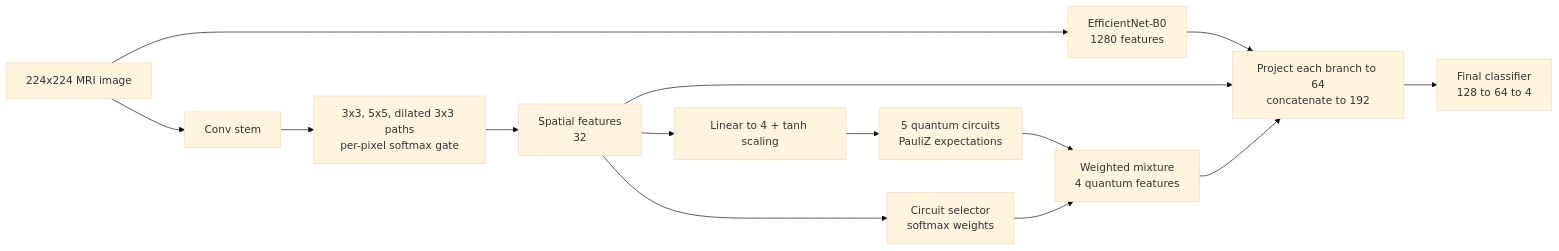
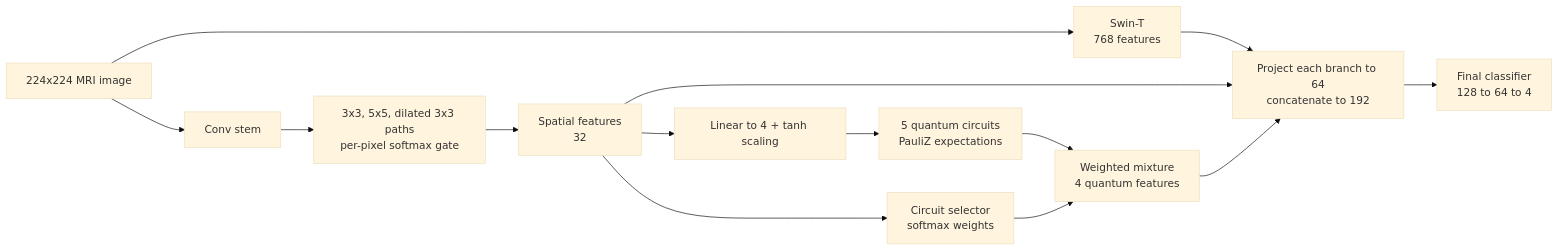
One commit to Biswadev-9/TensorTonic-Solutions changed the second of 2 diagrams in README.md. Above: the diagram before and after it, drawn with Mermaid (base theme). The commit also changed other lines of this file, not shown here.

````diff
--- a/README.md
+++ b/README.md
@@ -142,16 +148,16 @@
 ```mermaid
 flowchart LR
-    X[224x224 MRI image] --> C1[EfficientNet-B0<br/>1280 features]
+    X[224x224 MRI image] --> C1[Swin-T<br/>768 features]
     X --> S1[Conv stem]
     S1 --> S2[3x3, 5x5, dilated 3x3 paths<br/>per-pixel softmax gate]
     S2 --> S3[Spatial features<br/>32]
     S3 --> Q1[Linear to 4 + tanh scaling]
     Q1 --> Q2[5 quantum circuits<br/>PauliZ expectations]
     S3 --> Q3[Circuit selector<br/>softmax weights]
     Q2 --> Q4[Weighted mixture<br/>4 quantum features]
     Q3 --> Q4
     C1 --> P[Project each branch to 64<br/>concatenate to 192]
     S3 --> P
     Q4 --> P
     P --> F[Final classifier<br/>128 to 64 to 4]
 ```
````
